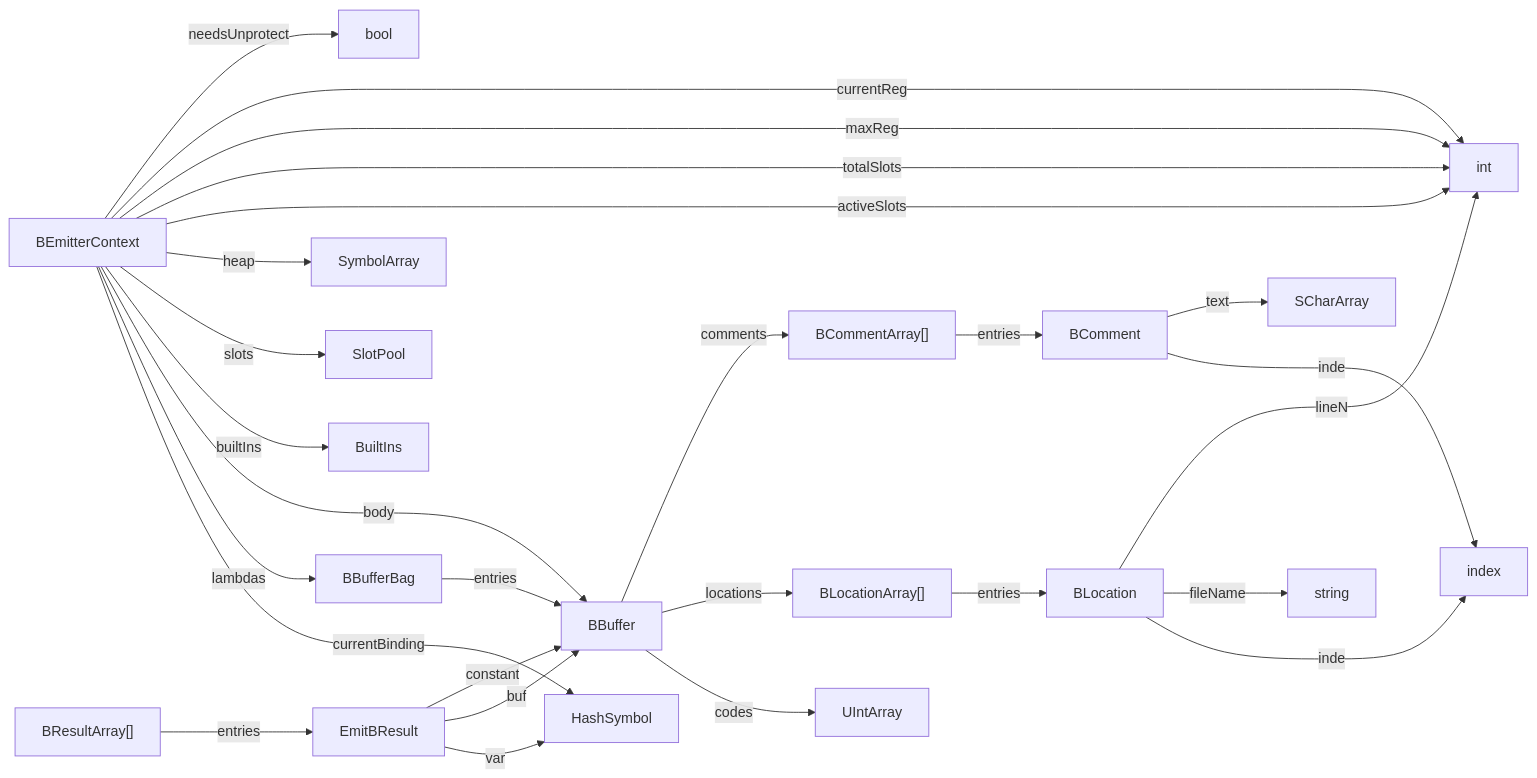
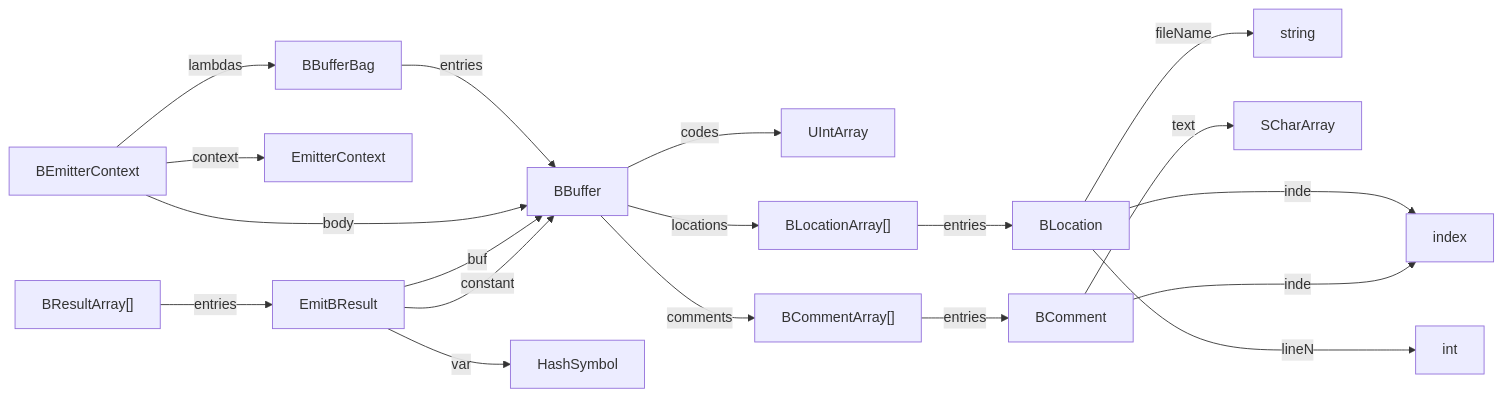
One commit to billhails/CEKF changed the diagram in docs/generated/emit_b.md. Above: the diagram before and after it, drawn with Mermaid. The commit also changed 8 other files, not shown here.

````diff
--- a/docs/generated/emit_b.md
+++ b/docs/generated/emit_b.md
@@ -5,29 +5,21 @@
 ```mermaid
 flowchart LR
 BBufferBag --entries--> BBuffer
-BEmitterContext --currentBinding--> HashSymbol
 BEmitterContext --lambdas--> BBufferBag
 BEmitterContext --body--> BBuffer
-BEmitterContext --builtIns--> BuiltIns
-BEmitterContext --slots--> SlotPool
-BEmitterContext --heap--> SymbolArray
-BEmitterContext --activeSlots--> int
-BEmitterContext --totalSlots--> int
-BEmitterContext --maxReg--> int
-BEmitterContext --currentReg--> int
-BEmitterContext --needsUnprotect--> bool
+BEmitterContext --context--> EmitterContext
 BBuffer --codes--> UIntArray
 BBuffer --locations--> BLocationArray
 BBuffer --comments--> BCommentArray
 BLocation --index--> index
 BLocation --fileName--> string
 BLocation --lineNo--> int
 BComment --index--> index
 BComment --text--> SCharArray
 EmitBResult --var--> HashSymbol
 EmitBResult --buf--> BBuffer
 EmitBResult --constant--> BBuffer
 BResultArray["BResultArray[]"] --entries--> EmitBResult
 BLocationArray["BLocationArray[]"] --entries--> BLocation
 BCommentArray["BCommentArray[]"] --entries--> BComment
 ```
````
